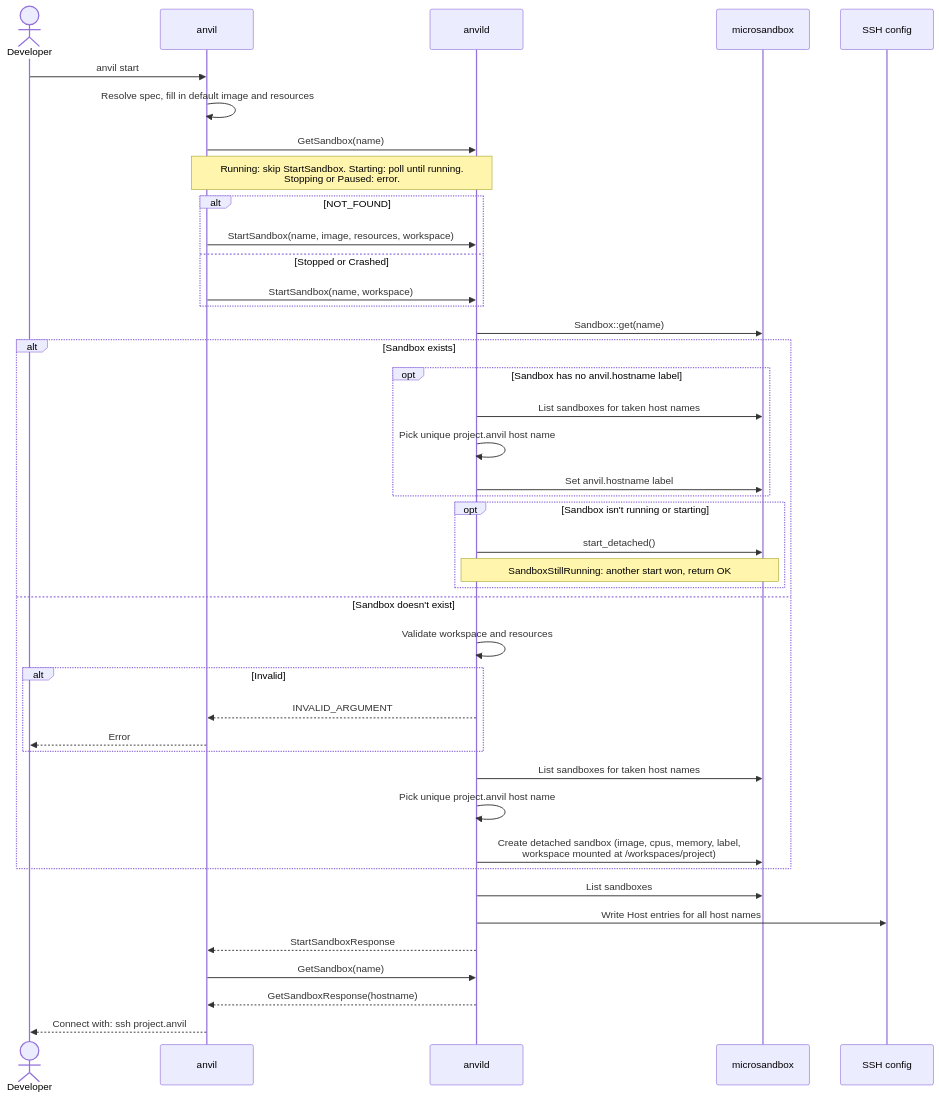
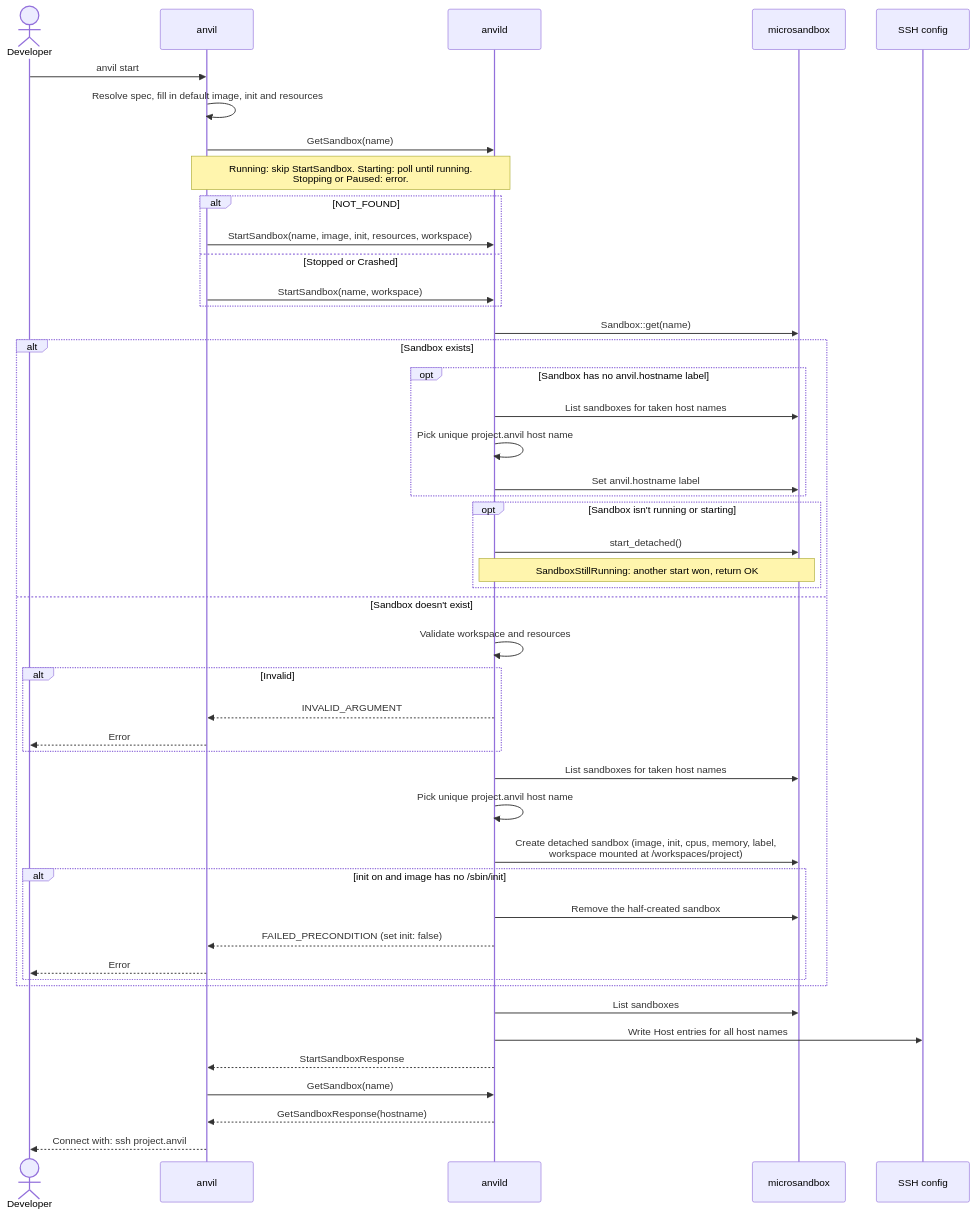
One commit to wmeints/anvil changed the third of 5 diagrams in docs/architecture/06-runtime-view.md. Above: the diagram before and after it, drawn with Mermaid. The commit also changed other lines of this file and 10 other files, not shown here.

First line of the commit message:
feat(spec): add an init setting to control the image's init

````diff
--- a/docs/architecture/06-runtime-view.md
+++ b/docs/architecture/06-runtime-view.md
@@ -137,47 +137,52 @@
 ```mermaid
 sequenceDiagram
     actor Dev as Developer
     participant CLI as anvil
     participant D as anvild
     participant MS as microsandbox
     participant SSH as SSH config
 
     Dev->>CLI: anvil start
-    CLI->>CLI: Resolve spec, fill in default image and resources
+    CLI->>CLI: Resolve spec, fill in default image, init and resources
     CLI->>D: GetSandbox(name)
     Note over CLI,D: Running: skip StartSandbox. Starting: poll until running.<br/>Stopping or Paused: error.
     alt NOT_FOUND
-        CLI->>D: StartSandbox(name, image, resources, workspace)
+        CLI->>D: StartSandbox(name, image, init, resources, workspace)
     else Stopped or Crashed
         CLI->>D: StartSandbox(name, workspace)
     end
     D->>MS: Sandbox::get(name)
 
     alt Sandbox exists
         opt Sandbox has no anvil.hostname label
             D->>MS: List sandboxes for taken host names
             D->>D: Pick unique project.anvil host name
             D->>MS: Set anvil.hostname label
         end
         opt Sandbox isn't running or starting
             D->>MS: start_detached()
             Note over D,MS: SandboxStillRunning: another start won, return OK
         end
     else Sandbox doesn't exist
         D->>D: Validate workspace and resources
         alt Invalid
             D-->>CLI: INVALID_ARGUMENT
             CLI-->>Dev: Error
         end
         D->>MS: List sandboxes for taken host names
         D->>D: Pick unique project.anvil host name
-        D->>MS: Create detached sandbox (image, cpus, memory, label,<br/>workspace mounted at /workspaces/project)
+        D->>MS: Create detached sandbox (image, init, cpus, memory, label,<br/>workspace mounted at /workspaces/project)
+        alt init on and image has no /sbin/init
+            D->>MS: Remove the half-created sandbox
+            D-->>CLI: FAILED_PRECONDITION (set init: false)
+            CLI-->>Dev: Error
+        end
     end
 
     D->>MS: List sandboxes
     D->>SSH: Write Host entries for all host names
     D-->>CLI: StartSandboxResponse
     CLI->>D: GetSandbox(name)
     D-->>CLI: GetSandboxResponse(hostname)
     CLI-->>Dev: Connect with: ssh project.anvil
 ```
````
